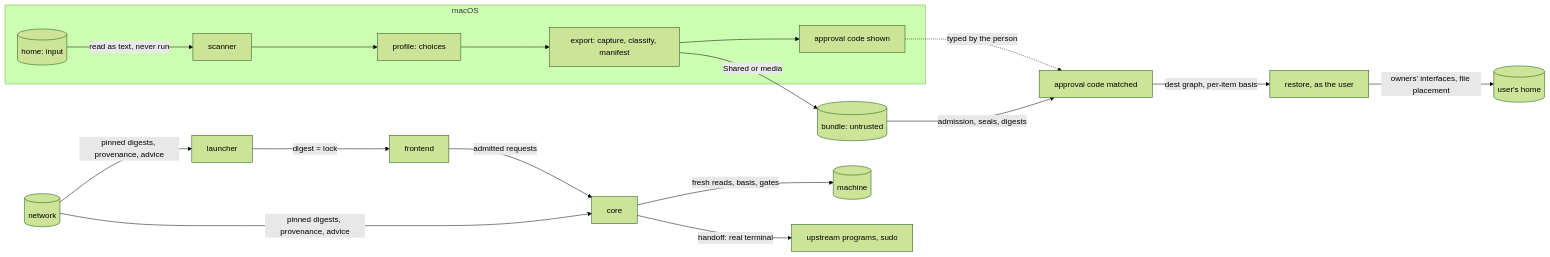
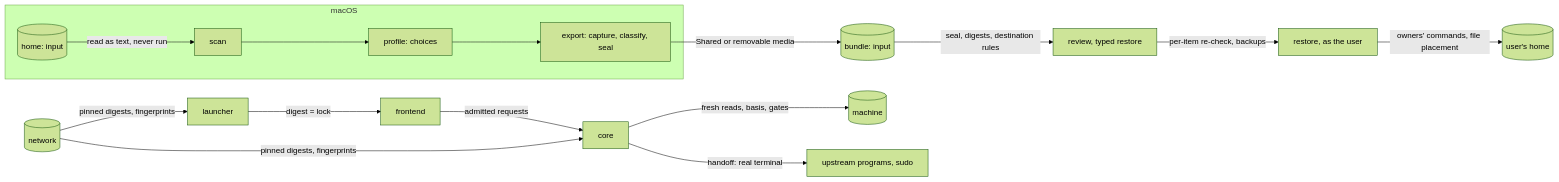
Before and after one commit to scalinity/omarchy-mac-bootstrap: the diagram in docs/SECURITY.md, drawn with Mermaid (forest theme). The commit also changed other lines of this file and 21 other files, not shown here.

````diff
--- a/docs/SECURITY.md
+++ b/docs/SECURITY.md
@@ -53,19 +52,17 @@
 ```mermaid
 flowchart LR
     subgraph macOS
-        MH[(home: input)] -->|read as text, never run| SC[scanner]
+        MH[(home: input)] -->|read as text, never run| SC[scan]
         SC --> PR[profile: choices]
-        PR --> EX[export: capture, classify, manifest]
-        EX --> AC[approval code shown]
+        PR --> EX[export: capture, classify, seal]
     end
-    EX -->|Shared or media| B[(bundle: untrusted)]
-    AC -. typed by the person .-> AP
-    B -->|admission, seals, digests| AP[approval code matched]
-    AP -->|dest graph, per-item basis| RS[restore, as the user]
-    RS -->|owners' interfaces, file placement| UH[(user's home)]
+    EX -->|Shared or removable media| B[(bundle: input)]
+    B -->|seal, digests, destination rules| RV[review, typed restore]
+    RV -->|per-item re-check, backups| RS[restore, as the user]
+    RS -->|owners' commands, file placement| UH[(user's home)]
     L[launcher] -->|digest = lock| F[frontend]
     F -->|admitted requests| C[core]
     C -->|fresh reads, basis, gates| M[(machine)]
     C -->|handoff: real terminal| U[upstream programs, sudo]
-    N[(network)] -->|pinned digests, provenance, advice| L & C
+    N[(network)] -->|pinned digests, fingerprints| L & C
 ```
````
